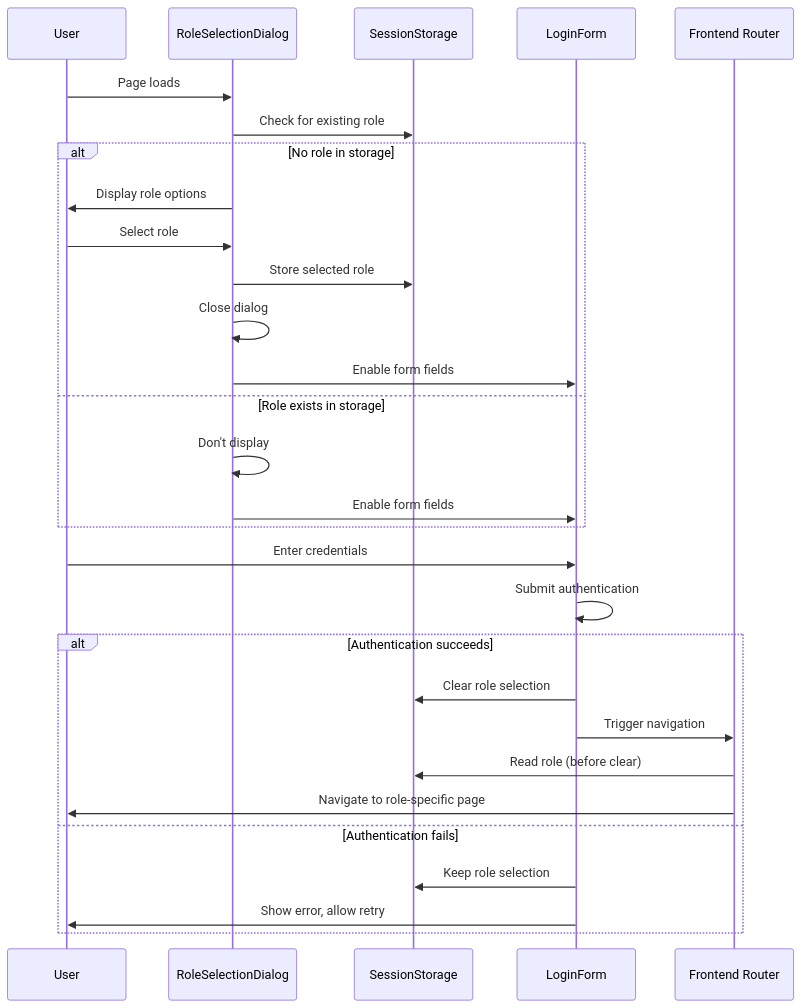
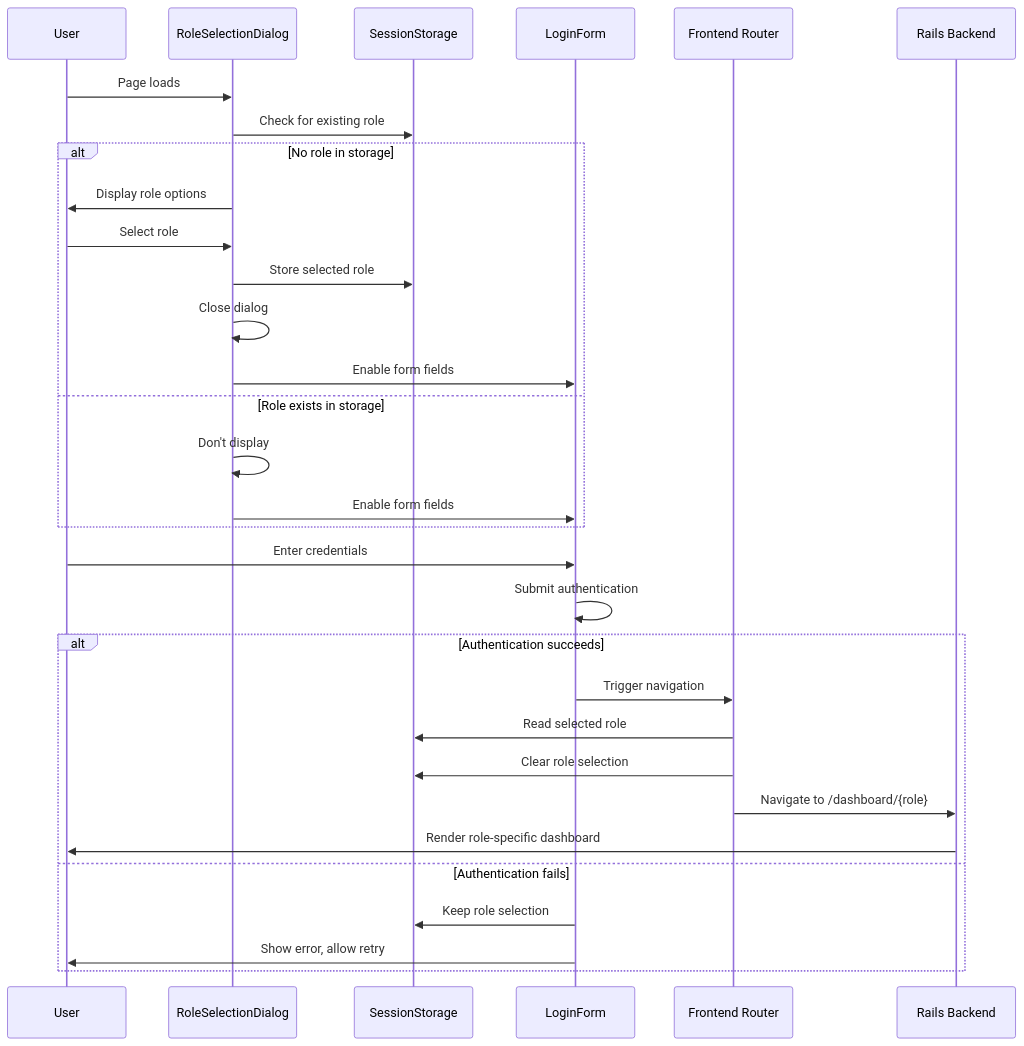
The diagram in .kiro/specs/role-selection-login/design.md (Frisbee148/virtual_campus), drawn with Mermaid before and after one commit. The commit also changed other lines of this file and 24 other files, not shown here.

````diff
--- a/.kiro/specs/role-selection-login/design.md
+++ b/.kiro/specs/role-selection-login/design.md
@@ -50,34 +66,36 @@
 ```mermaid
 sequenceDiagram
     participant User
     participant Dialog as RoleSelectionDialog
     participant Storage as SessionStorage
     participant LoginForm
     participant Router as Frontend Router
+    participant Backend as Rails Backend
 
     User->>Dialog: Page loads
     Dialog->>Storage: Check for existing role
     alt No role in storage
         Dialog->>User: Display role options
         User->>Dialog: Select role
         Dialog->>Storage: Store selected role
         Dialog->>Dialog: Close dialog
         Dialog->>LoginForm: Enable form fields
     else Role exists in storage
         Dialog->>Dialog: Don't display
         Dialog->>LoginForm: Enable form fields
     end
     
     User->>LoginForm: Enter credentials
     LoginForm->>LoginForm: Submit authentication
     
     alt Authentication succeeds
-        LoginForm->>Storage: Clear role selection
         LoginForm->>Router: Trigger navigation
-        Router->>Storage: Read role (before clear)
-        Router->>User: Navigate to role-specific page
+        Router->>Storage: Read selected role
+        Router->>Storage: Clear role selection
+        Router->>Backend: Navigate to /dashboard/{role}
+        Backend->>User: Render role-specific dashboard
     else Authentication fails
         LoginForm->>Storage: Keep role selection
         LoginForm->>User: Show error, allow retry
     end
 ```
````
